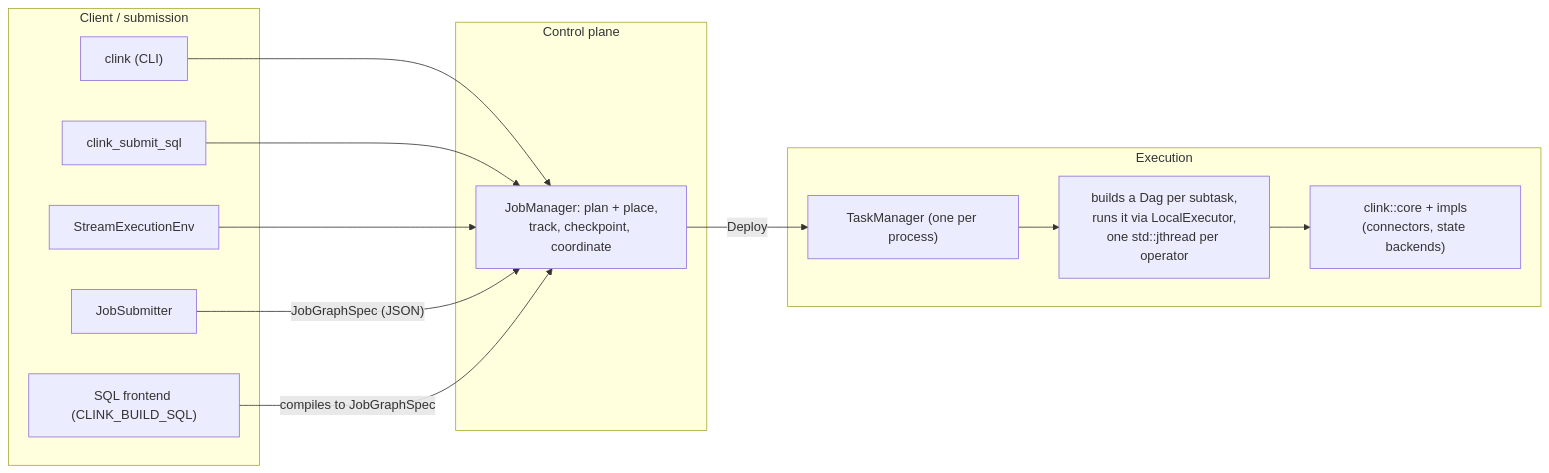
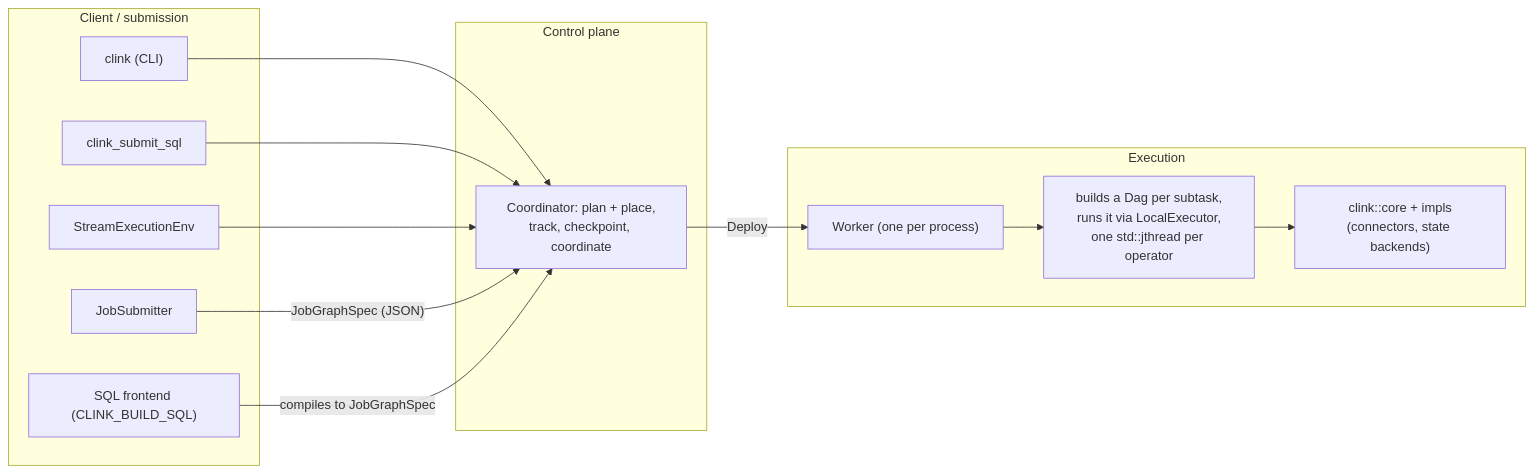
Before and after one commit to orhaugh/clink: the diagram in docs/internals/architecture.md, drawn with Mermaid. The commit also changed other lines of this file and 310 other files, not shown here.

First line of the commit message:
refactor: settle public naming - Coordinator/Worker roles, Pipeline API entry

````diff
--- a/docs/internals/architecture.md
+++ b/docs/internals/architecture.md
@@ -34,25 +34,25 @@
 ```mermaid
 flowchart LR
   subgraph client["Client / submission"]
     CLI["clink (CLI)"]
     SUB["clink_submit_sql"]
     ENV["StreamExecutionEnv"]
     JS["JobSubmitter"]
     SQLF["SQL frontend (CLINK_BUILD_SQL)"]
   end
   subgraph cp["Control plane"]
-    JM["JobManager: plan + place,<br/>track, checkpoint, coordinate"]
+    coordinator["Coordinator: plan + place,<br/>track, checkpoint, coordinate"]
   end
   subgraph exec["Execution"]
-    TM["TaskManager (one per process)"]
+    worker["Worker (one per process)"]
     DAG["builds a Dag per subtask,<br/>runs it via LocalExecutor,<br/>one std::jthread per operator"]
     CORE["clink::core + impls<br/>(connectors, state backends)"]
   end
-  CLI --> JM
-  SUB --> JM
-  ENV --> JM
-  JS -->|"JobGraphSpec (JSON)"| JM
-  SQLF -->|"compiles to JobGraphSpec"| JM
-  JM -->|"Deploy"| TM
-  TM --> DAG --> CORE
+  CLI --> coordinator
+  SUB --> coordinator
+  ENV --> coordinator
+  JS -->|"JobGraphSpec (JSON)"| coordinator
+  SQLF -->|"compiles to JobGraphSpec"| coordinator
+  coordinator -->|"Deploy"| worker
+  worker --> DAG --> CORE
 ```
````
